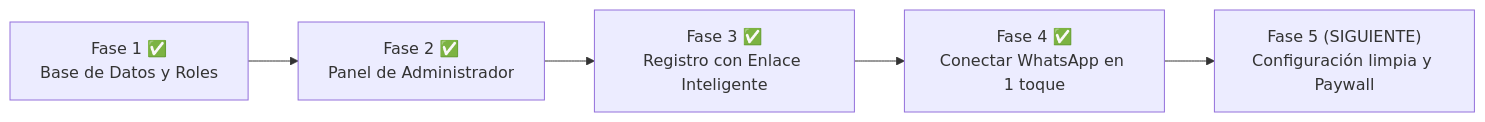
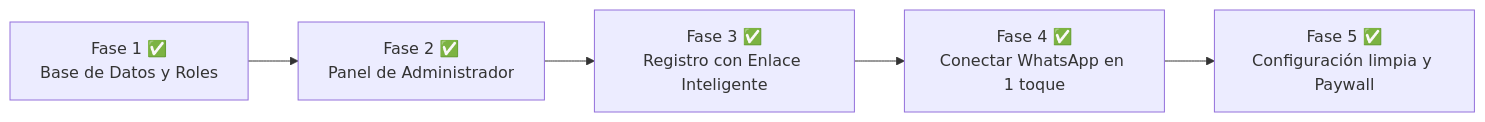
Before and after one commit to ThomasMariani11/chatbot-gastos: the diagram in PLAN_IMPLEMENTACION_SAAS.md, drawn with Mermaid. The commit also changed 5 other files, not shown here.

Commit message:
feat(fase-5): clean client settings, paywall for expired subscriptions, and webhook subscription guard

````diff
--- a/PLAN_IMPLEMENTACION_SAAS.md
+++ b/PLAN_IMPLEMENTACION_SAAS.md
@@ -73,7 +73,7 @@
 ```mermaid
 flowchart LR
     F1["Fase 1 ✅\nBase de Datos y Roles"] --> F2["Fase 2 ✅\nPanel de Administrador"]
     F2 --> F3["Fase 3 ✅\nRegistro con Enlace Inteligente"]
     F3 --> F4["Fase 4 ✅\nConectar WhatsApp en 1 toque"]
-    F4 --> F5["Fase 5 (SIGUIENTE)\nConfiguración limpia y Paywall"]
+    F4 --> F5["Fase 5 ✅\nConfiguración limpia y Paywall"]
 ```
````
